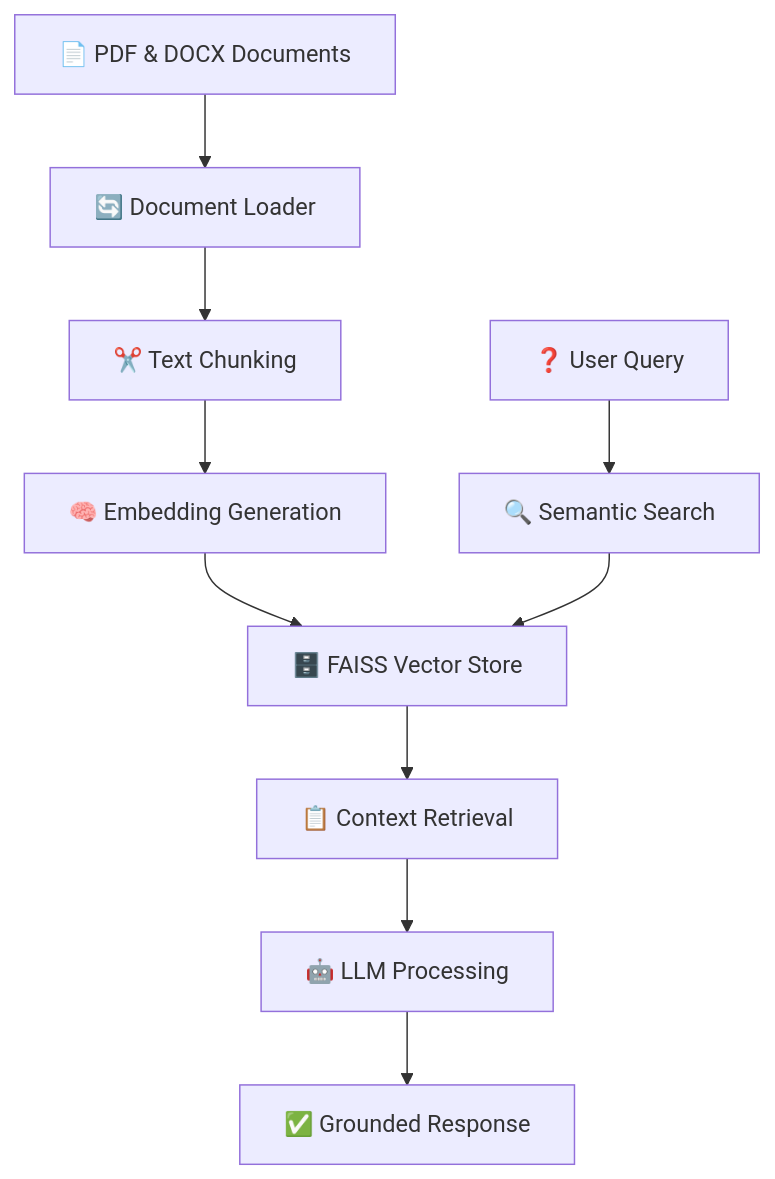
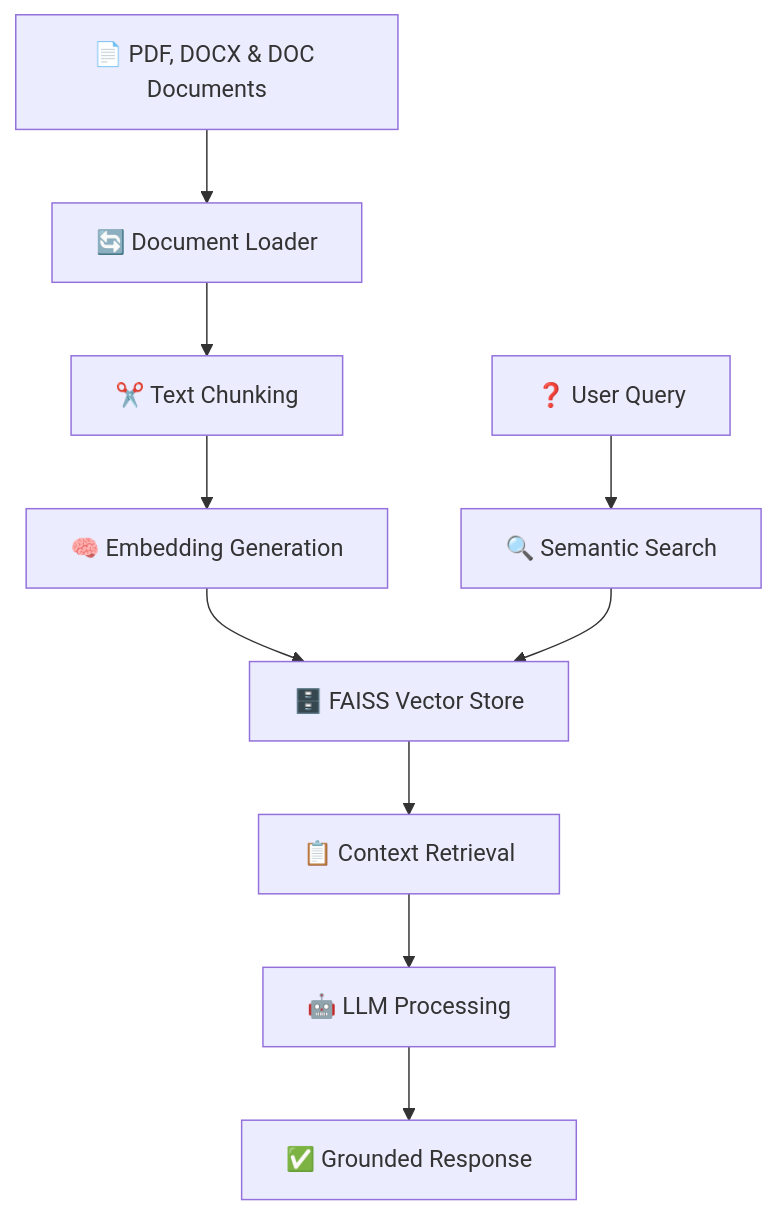
One commit to CY-N4P5E/Inquiro changed the diagram in README.md. Above: the diagram before and after it, drawn with Mermaid. The commit also changed other lines of this file and 10 other files, not shown here.

````diff
--- a/README.md
+++ b/README.md
@@ -46,13 +47,13 @@
 ```mermaid
 graph TD
-    A[📄 PDF & DOCX Documents] --> B[🔄 Document Loader]
+    A[📄 PDF, DOCX & DOC Documents] --> B[🔄 Document Loader]
     B --> C[✂️ Text Chunking]
     C --> D[🧠 Embedding Generation]
     D --> E[🗄️ FAISS Vector Store]
     
     F[❓ User Query] --> G[🔍 Semantic Search]
     G --> E
     E --> H[📋 Context Retrieval]
     H --> I[🤖 LLM Processing]
     I --> J[✅ Grounded Response]
 ```
````
